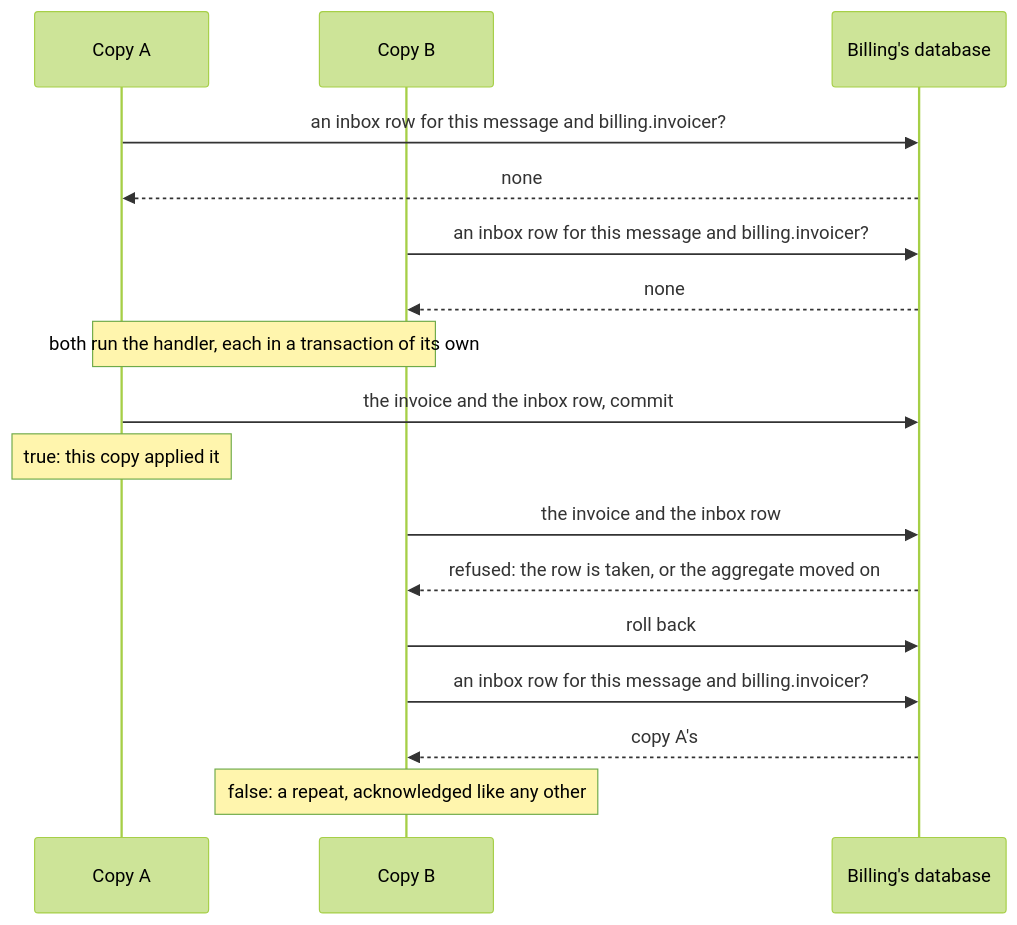
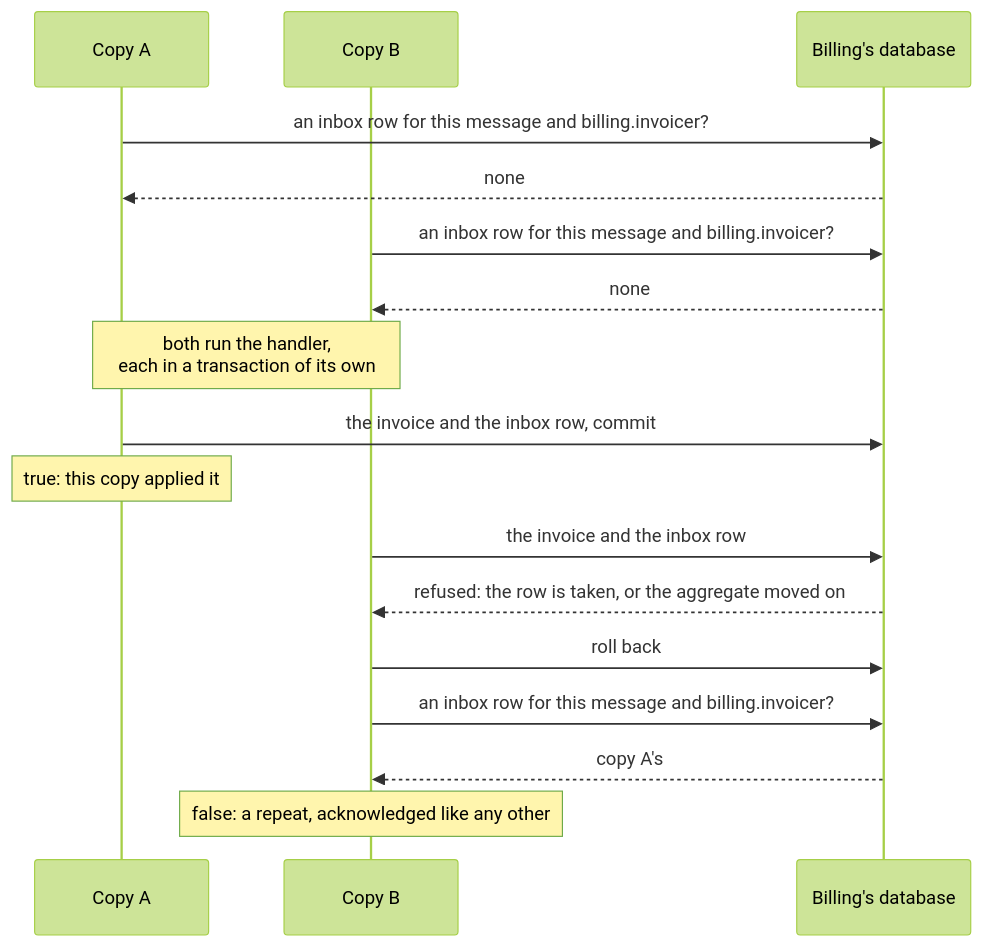
Before and after one commit to DylanSnel/DDDToolkit: the fifth of 7 diagrams in docs/integration-events.md, drawn with Mermaid (forest theme). The commit also changed other lines of this file and 2166 other files, not shown here.

````diff
--- a/docs/integration-events.md
+++ b/docs/integration-events.md
@@ -732,20 +788,20 @@
 ```mermaid
 sequenceDiagram
     participant A as Copy A
     participant B as Copy B
     participant Db as Billing's database
 
     A->>Db: an inbox row for this message and billing.invoicer?
     Db-->>A: none
     B->>Db: an inbox row for this message and billing.invoicer?
     Db-->>B: none
-    Note over A,B: both run the handler, each in a transaction of its own
+    Note over A,B: both run the handler,<br/>each in a transaction of its own
     A->>Db: the invoice and the inbox row, commit
     Note over A: true: this copy applied it
     B->>Db: the invoice and the inbox row
     Db-->>B: refused: the row is taken, or the aggregate moved on
     B->>Db: roll back
     B->>Db: an inbox row for this message and billing.invoicer?
     Db-->>B: copy A's
     Note over B: false: a repeat, acknowledged like any other
 ```
````
